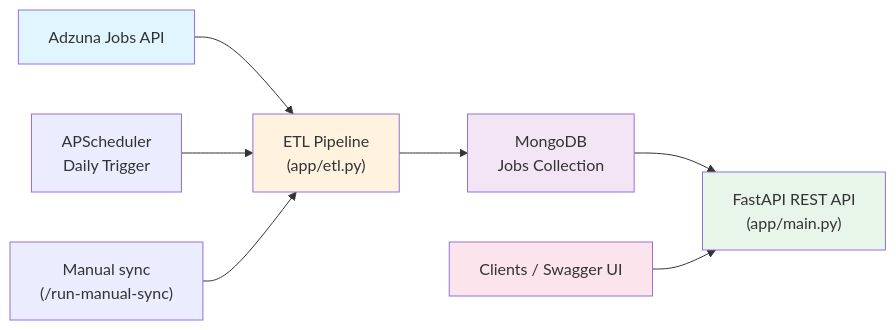
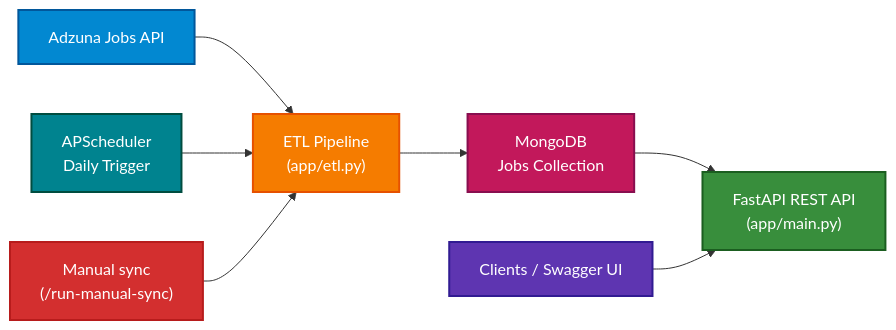
One commit to abdulrahmanm-in/RoleLens changed the diagram in README.md. Above: the diagram before and after it, drawn with Mermaid.

Commit message:
style: update flowchart colors for better visibility in README

````diff
--- a/README.md
+++ b/README.md
@@ -79,15 +79,17 @@
 ```mermaid
 flowchart LR
   ADZ["Adzuna Jobs API"] --> ETL["ETL Pipeline<br/>(app/etl.py)"]
   SCHED["APScheduler<br/>Daily Trigger"] --> ETL
   MANUAL["Manual sync<br/>(/run-manual-sync)"] --> ETL
   ETL --> MONGO["MongoDB<br/>Jobs Collection"]
   MONGO --> API["FastAPI REST API<br/>(app/main.py)"]
   CLIENT["Clients / Swagger UI"] --> API
   
-  style ADZ fill:#e1f5ff
-  style ETL fill:#fff3e0
-  style MONGO fill:#f3e5f5
-  style API fill:#e8f5e9
-  style CLIENT fill:#fce4ec
+  style ADZ fill:#0288d1,color:#fff,stroke:#01579b,stroke-width:2px
+  style ETL fill:#f57c00,color:#fff,stroke:#e65100,stroke-width:2px
+  style MONGO fill:#c2185b,color:#fff,stroke:#880e4f,stroke-width:2px
+  style API fill:#388e3c,color:#fff,stroke:#1b5e20,stroke-width:2px
+  style CLIENT fill:#5e35b1,color:#fff,stroke:#311b92,stroke-width:2px
+  style SCHED fill:#00838f,color:#fff,stroke:#004d40,stroke-width:2px
+  style MANUAL fill:#d32f2f,color:#fff,stroke:#b71c1c,stroke-width:2px
 ```
````
